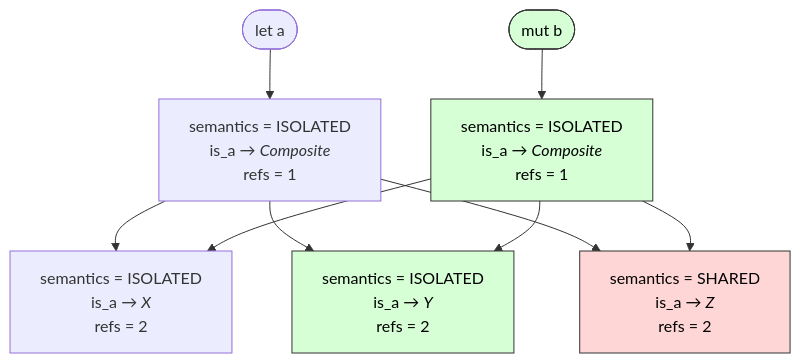
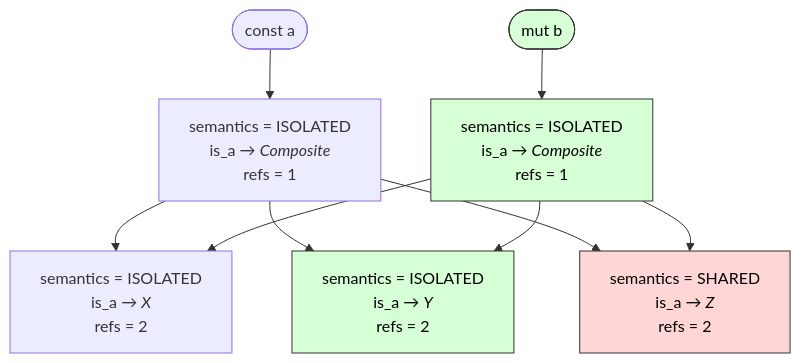
Before and after one commit to clawrlang/clawr-concept: the fourth of 5 diagrams in documentation/semantics.md, drawn with Mermaid. The commit also changed other lines of this file and 24 other files, not shown here.

Commit message:
Replace `let` with `const`

````diff
--- a/documentation/semantics.md
+++ b/documentation/semantics.md
@@ -158,37 +158,37 @@
 ```mermaid
 flowchart
-a([let a]) --> a_mem
+a([const a]) --> a_mem
 b([mut b]) --> b_mem
 
 a_mem["`semantics = ISOLATED
 is_a → *Composite*
 refs = 1`"]
 
 a_mem --> x_mem
 a_mem --> y_mem
 a_mem --> z_mem
 
 b_mem["`semantics = ISOLATED
 is_a → *Composite*
 refs = 1`"]
 
 b_mem --> x_mem
 b_mem --> y_mem
 b_mem --> z_mem
 
 x_mem["`semantics = ISOLATED
 is_a → *X*
 refs = 2`"]
 y_mem["`semantics = ISOLATED
 is_a → *Y*
 refs = 2`"]
 z_mem["`semantics = SHARED
 is_a → *Z*
 refs = 2`"]
 
 classDef ref  fill:#ffd6d6,stroke:#333,stroke-width:1px,color:black;
 class z_mem ref;
 
 classDef modified  fill:#d6ffd6,stroke:#333,stroke-width:1px,color:black;
 class b,b_mem,y_mem modified
 ```
````
